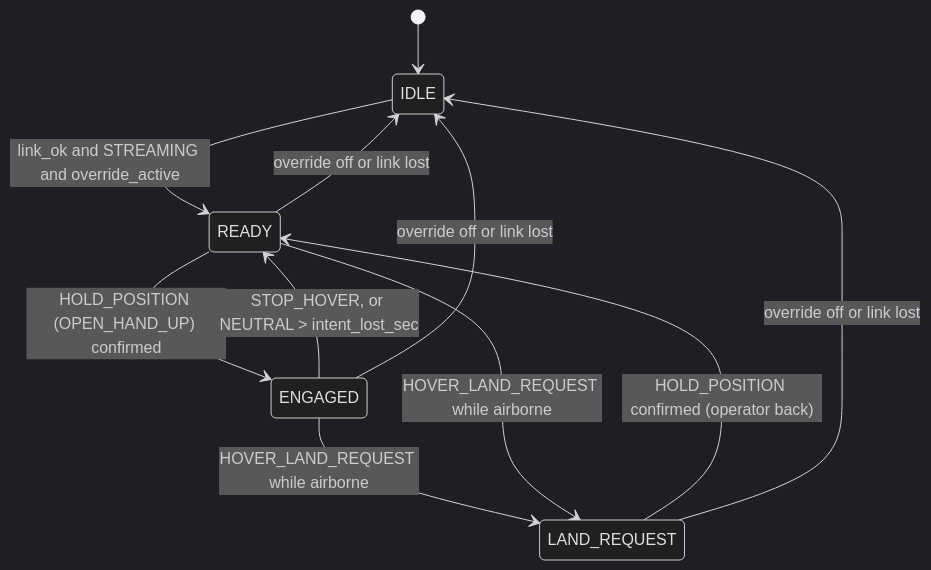
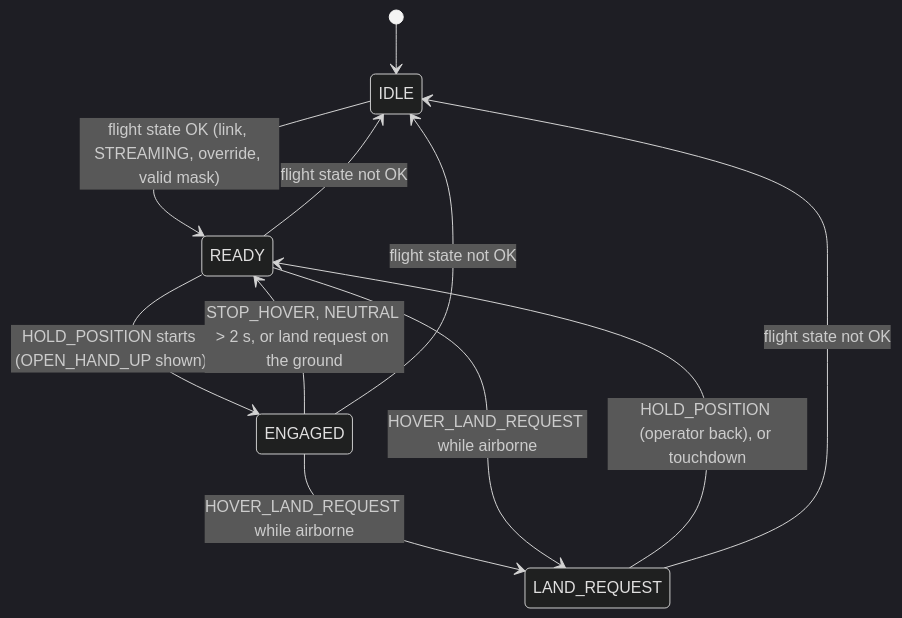
The second of 2 diagrams in docs/PraticalPlan/06 Gestures/04 Mission_Node.md (SEAME-pt/SEA-ME_Team1_ROSRangers), drawn with Mermaid (dark theme) before and after one commit. The commit also changed other lines of this file and 21 other files, not shown here.

````diff
--- a/docs/PraticalPlan/06 Gestures/04 Mission_Node.md
+++ b/docs/PraticalPlan/06 Gestures/04 Mission_Node.md
@@ -107,13 +172,13 @@
 ```mermaid
 stateDiagram-v2
   [*] --> IDLE
-  IDLE --> READY: link_ok and STREAMING and override_active
-  READY --> ENGAGED: HOLD_POSITION (OPEN_HAND_UP) confirmed
-  ENGAGED --> READY: STOP_HOVER, or NEUTRAL > intent_lost_sec
+  IDLE --> READY: flight state OK (link, STREAMING, override, valid mask)
+  READY --> ENGAGED: HOLD_POSITION starts (OPEN_HAND_UP shown)
+  ENGAGED --> READY: STOP_HOVER, NEUTRAL > 2 s, or land request on the ground
   ENGAGED --> LAND_REQUEST: HOVER_LAND_REQUEST while airborne
   READY --> LAND_REQUEST: HOVER_LAND_REQUEST while airborne
-  LAND_REQUEST --> READY: HOLD_POSITION confirmed (operator back)
-  READY --> IDLE: override off or link lost
-  ENGAGED --> IDLE: override off or link lost
-  LAND_REQUEST --> IDLE: override off or link lost
+  LAND_REQUEST --> READY: HOLD_POSITION (operator back), or touchdown
+  READY --> IDLE: flight state not OK
+  ENGAGED --> IDLE: flight state not OK
+  LAND_REQUEST --> IDLE: flight state not OK
 ```
````
